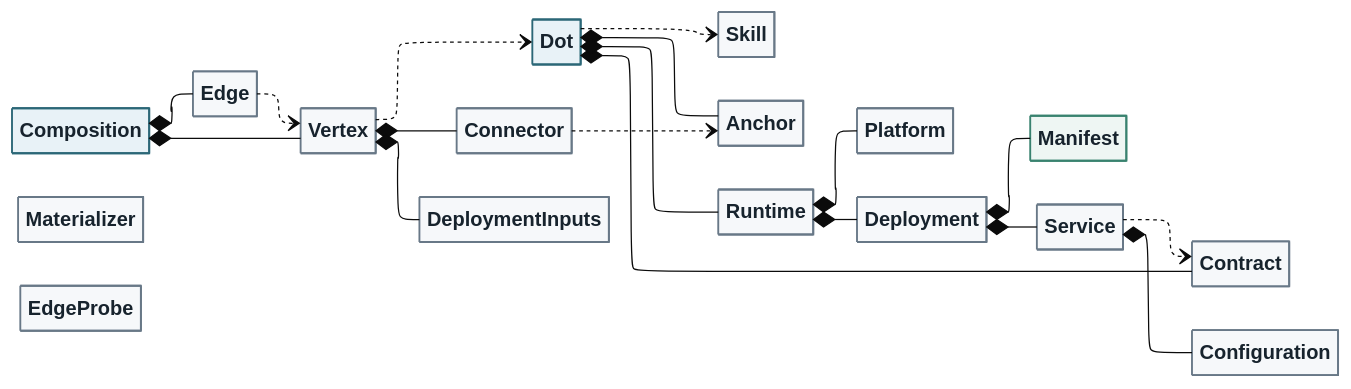
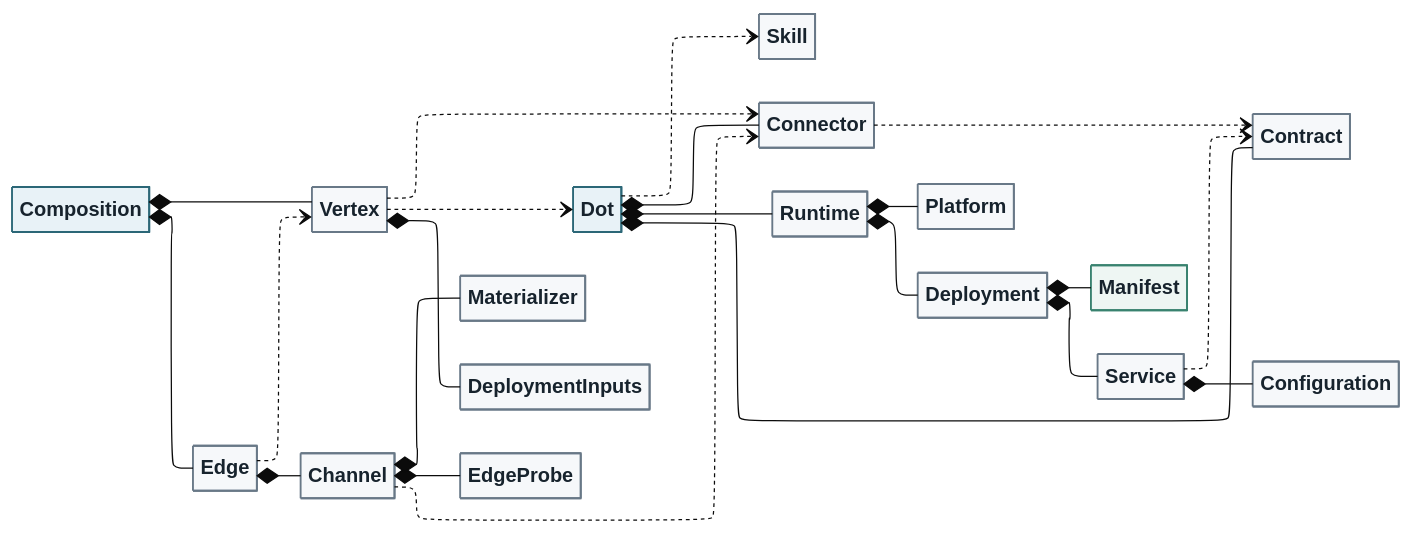
The diagram in DOT-Design/next/dot-design/_attachments/diagrams/domain-a4.mmd (MARE-EU-Project/DOT-Docs), drawn with Mermaid (base theme) before and after one commit. The commit also changed 106 other files, not shown here.

```diff
--- a/DOT-Design/next/dot-design/_attachments/diagrams/domain-a4.mmd
+++ b/DOT-Design/next/dot-design/_attachments/diagrams/domain-a4.mmd
@@ -1,65 +1,69 @@
 ---
 config:
   layout: elk
   class:
     hideEmptyMembersBox: true
     nodeSpacing: 16
     rankSpacing: 25
     padding: 6
 ---
 classDiagram
   direction LR
   accTitle: DOT-Domain A4 overview
   accDescr: Core class relationships. The accompanying generated family inventory covers every supporting public type; the complete diagram shows every type individually.
 
   class Dot
   class Skill
   class Contract
-  class Anchor
+  class Connector
   class Runtime
   class Platform
   class Deployment
   class Manifest
   class Service
   class Configuration
   class Composition
   class Vertex
   class Edge
-  class Connector
+  class Channel
   class Materializer
   class DeploymentInputs
   class EdgeProbe
   Dot ..> Skill
-  Dot *-- Anchor
+  Dot *-- Connector
   Dot *-- Contract
   Dot *-- Runtime
+  Channel *-- EdgeProbe
+  Channel *-- Materializer
   Composition *-- Edge
   Composition *-- Vertex
-  Vertex *-- Connector
+  Edge *-- Channel
   Vertex *-- DeploymentInputs
   Deployment *-- Service
   Deployment *-- Manifest
   Service ..> Contract
   Service *-- Configuration
   Runtime *-- Deployment
   Runtime *-- Platform
   Vertex ..> Dot
   Edge ..> Vertex
-  Connector ..> Anchor
+  Channel ..> Connector
+  Vertex ..> Connector
+  Connector ..> Contract
   style Dot fill:#e8f2f7,stroke:#2b6777,color:#17232d,stroke-width:1.5px
   style Skill fill:#f6f8fa,stroke:#687887,color:#17232d,stroke-width:1.5px
-  style Anchor fill:#f6f8fa,stroke:#687887,color:#17232d,stroke-width:1.5px
+  style Channel fill:#f6f8fa,stroke:#687887,color:#17232d,stroke-width:1.5px
   style Composition fill:#e8f2f7,stroke:#2b6777,color:#17232d,stroke-width:1.5px
-  style Connector fill:#f6f8fa,stroke:#687887,color:#17232d,stroke-width:1.5px
   style DeploymentInputs fill:#f6f8fa,stroke:#687887,color:#17232d,stroke-width:1.5px
   style Edge fill:#f6f8fa,stroke:#687887,color:#17232d,stroke-width:1.5px
   style EdgeProbe fill:#f6f8fa,stroke:#687887,color:#17232d,stroke-width:1.5px
   style Materializer fill:#f6f8fa,stroke:#687887,color:#17232d,stroke-width:1.5px
   style Vertex fill:#f6f8fa,stroke:#687887,color:#17232d,stroke-width:1.5px
+  style Connector fill:#f6f8fa,stroke:#687887,color:#17232d,stroke-width:1.5px
   style Contract fill:#f6f8fa,stroke:#687887,color:#17232d,stroke-width:1.5px
   style Deployment fill:#f6f8fa,stroke:#687887,color:#17232d,stroke-width:1.5px
   style Service fill:#f6f8fa,stroke:#687887,color:#17232d,stroke-width:1.5px
   style Configuration fill:#f6f8fa,stroke:#687887,color:#17232d,stroke-width:1.5px
   style Manifest fill:#eef6f3,stroke:#39826f,color:#17232d,stroke-width:1.5px
   style Runtime fill:#f6f8fa,stroke:#687887,color:#17232d,stroke-width:1.5px
   style Platform fill:#f6f8fa,stroke:#687887,color:#17232d,stroke-width:1.5px
```
